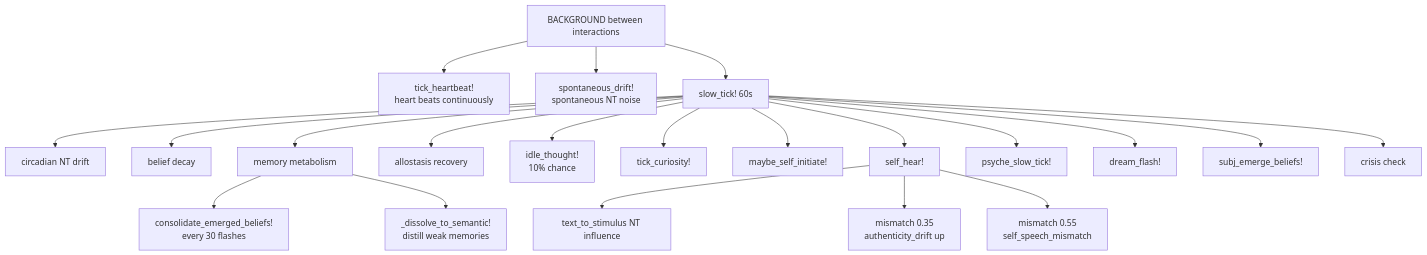
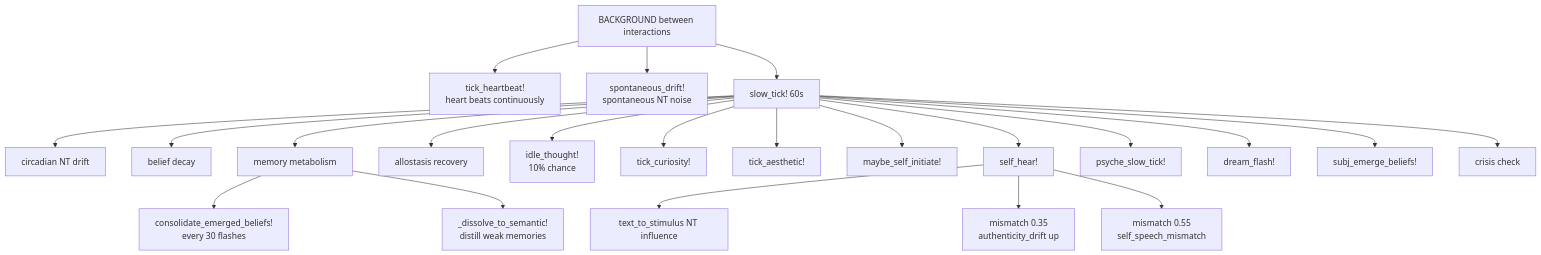
Before and after one commit to stell2026/Anima: the first of 2 diagrams in README.md, drawn with Mermaid. The commit also changed other lines of this file, not shown here.

````diff
--- a/README.md
+++ b/README.md
@@ -264,24 +264,25 @@
 ```mermaid
 flowchart TD
     BG["BACKGROUND between interactions"]
     BG --> HB["tick_heartbeat!<br/>heart beats continuously"]
     BG --> SD["spontaneous_drift!<br/>spontaneous NT noise"]
     BG --> ST["slow_tick! 60s"]
     ST --> CD["circadian NT drift"]
     ST --> BD["belief decay"]
     ST --> MM["memory metabolism"]
     ST --> AR["allostasis recovery"]
     ST --> IT["idle_thought!<br/>10% chance"]
     ST --> TC["tick_curiosity!"]
+    ST --> TA["tick_aesthetic!"]
     ST --> SI["maybe_self_initiate!"]
     ST --> SH["self_hear!"]
     ST --> PS["psyche_slow_tick!"]
     ST --> DF["dream_flash!"]
     ST --> SE["subj_emerge_beliefs!"]
     ST --> CR["crisis check"]
     MM --> CB["consolidate_emerged_beliefs!<br/>every 30 flashes"]
     MM --> DS["_dissolve_to_semantic!<br/>distill weak memories"]
     SH --> NT["text_to_stimulus NT influence"]
     SH --> AD["mismatch 0.35<br/>authenticity_drift up"]
     SH --> SM["mismatch 0.55<br/>self_speech_mismatch"]
 ```
````
